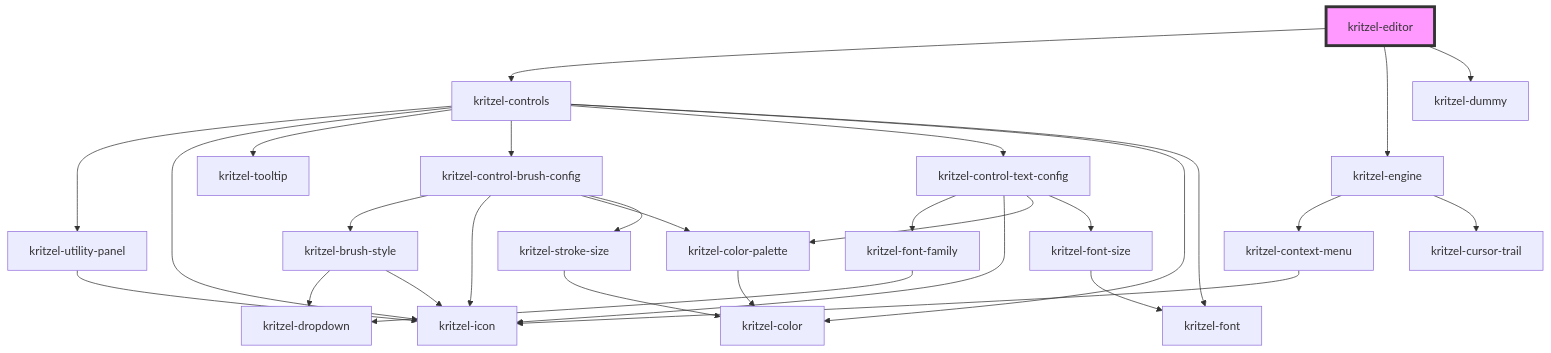
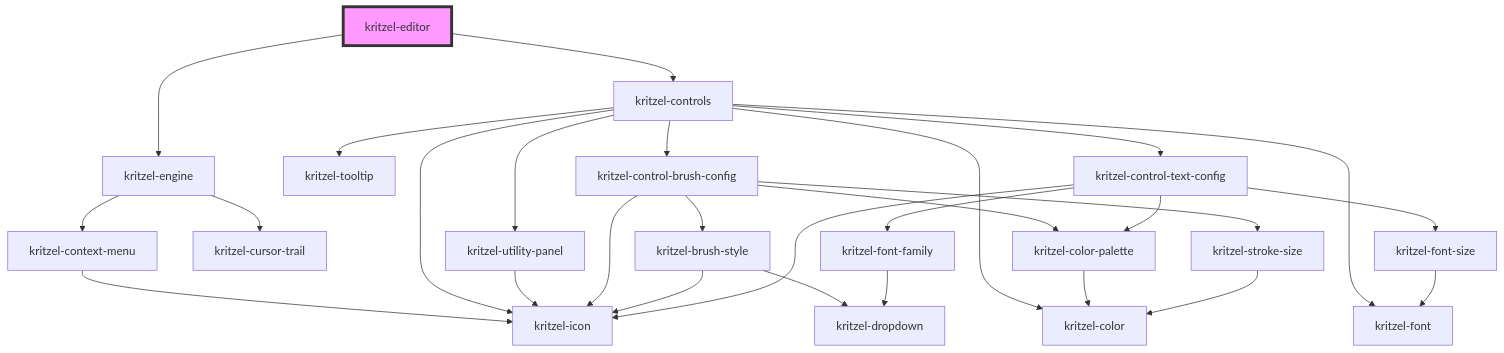
Before and after one commit to kasual1/kritzel: the diagram in packages/libs/kritzel-stencil/src/components/core/kritzel-editor/readme.md, drawn with Mermaid. The commit also changed other lines of this file and 7 other files, not shown here.

````diff
--- a/packages/libs/kritzel-stencil/src/components/core/kritzel-editor/readme.md
+++ b/packages/libs/kritzel-stencil/src/components/core/kritzel-editor/readme.md
@@ -26,32 +25,31 @@
 ```mermaid
 graph TD;
+  kritzel-editor --> kritzel-engine
   kritzel-editor --> kritzel-controls
-  kritzel-editor --> kritzel-engine
-  kritzel-editor --> kritzel-dummy
+  kritzel-engine --> kritzel-context-menu
+  kritzel-engine --> kritzel-cursor-trail
+  kritzel-context-menu --> kritzel-icon
   kritzel-controls --> kritzel-utility-panel
   kritzel-controls --> kritzel-icon
   kritzel-controls --> kritzel-tooltip
   kritzel-controls --> kritzel-control-brush-config
   kritzel-controls --> kritzel-control-text-config
   kritzel-controls --> kritzel-color
   kritzel-controls --> kritzel-font
   kritzel-utility-panel --> kritzel-icon
   kritzel-control-brush-config --> kritzel-brush-style
   kritzel-control-brush-config --> kritzel-icon
   kritzel-control-brush-config --> kritzel-color-palette
   kritzel-control-brush-config --> kritzel-stroke-size
   kritzel-brush-style --> kritzel-dropdown
   kritzel-brush-style --> kritzel-icon
   kritzel-color-palette --> kritzel-color
   kritzel-stroke-size --> kritzel-color
   kritzel-control-text-config --> kritzel-font-family
   kritzel-control-text-config --> kritzel-icon
   kritzel-control-text-config --> kritzel-color-palette
   kritzel-control-text-config --> kritzel-font-size
   kritzel-font-family --> kritzel-dropdown
   kritzel-font-size --> kritzel-font
-  kritzel-engine --> kritzel-context-menu
-  kritzel-engine --> kritzel-cursor-trail
-  kritzel-context-menu --> kritzel-icon
   style kritzel-editor fill:#f9f,stroke:#333,stroke-width:4px
 ```
````
